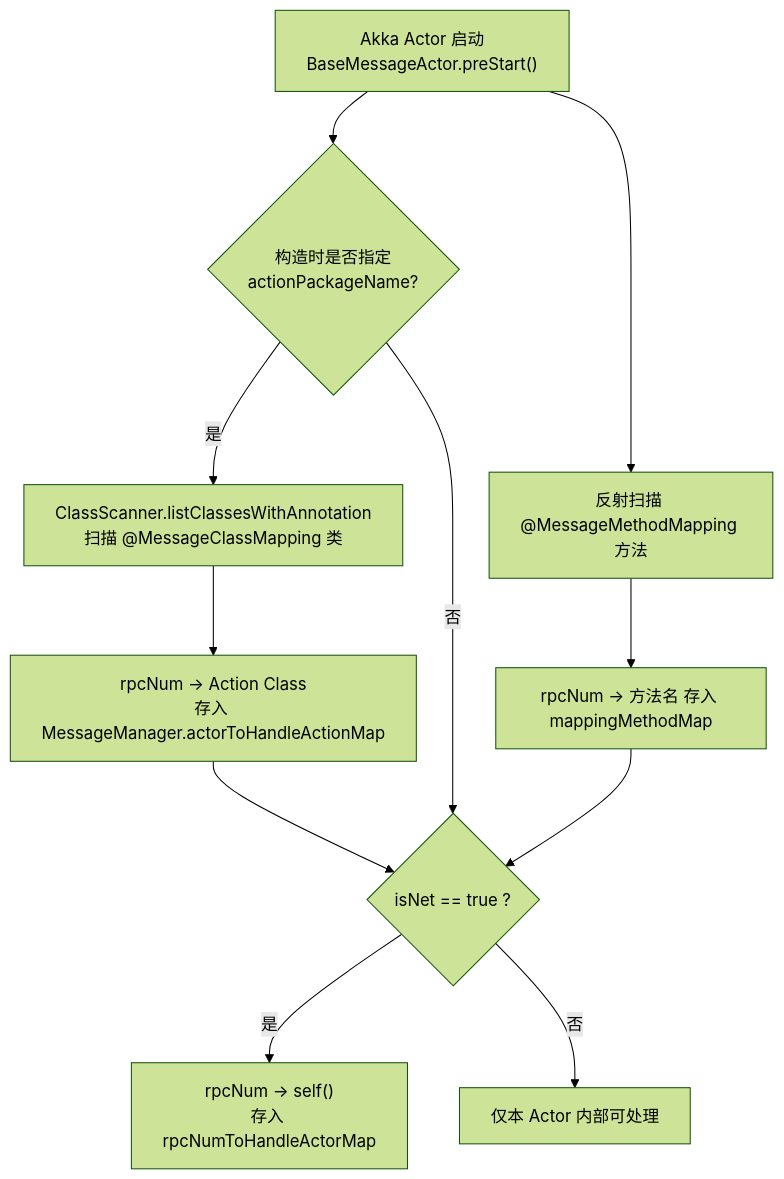
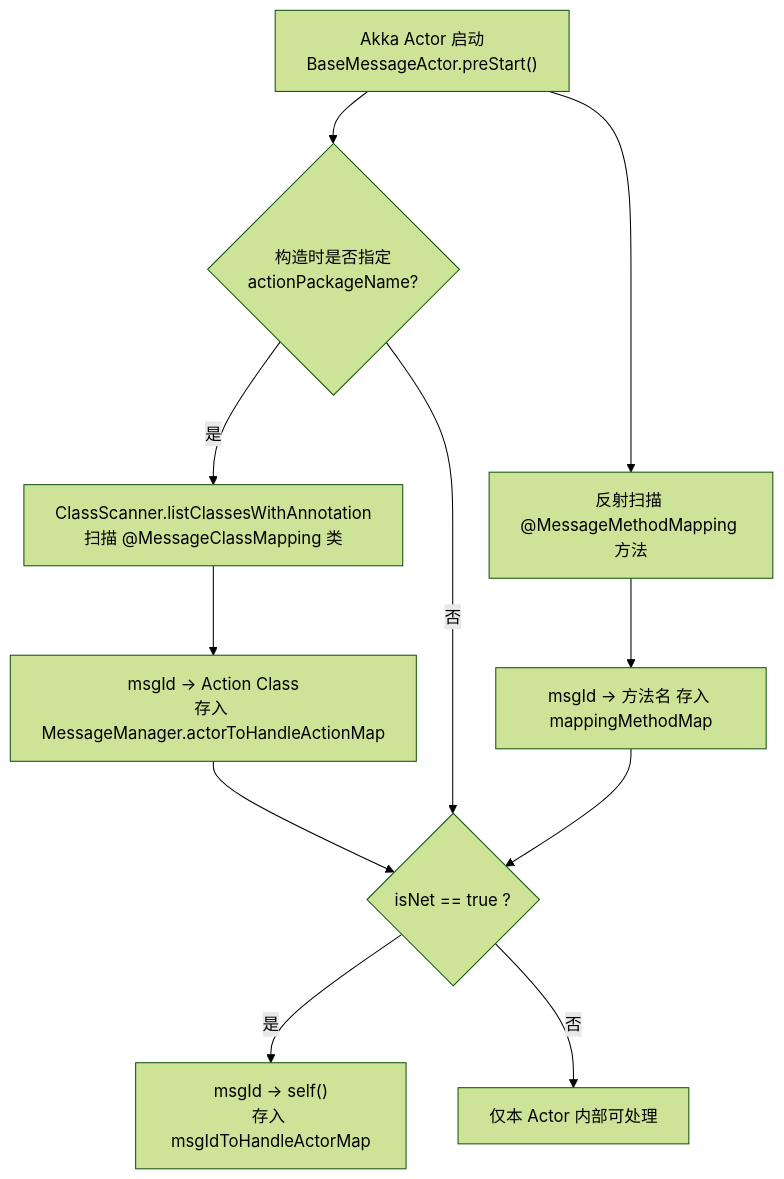
One commit to 132982jianan/JGameServer changed the third of 12 diagrams in doc/document/架构设计文档.md. Above: the diagram before and after it, drawn with Mermaid (forest theme). The commit also changed other lines of this file and 22 other files, not shown here.

````diff
--- a/doc/document/架构设计文档.md
+++ b/doc/document/架构设计文档.md
@@ -225,13 +225,13 @@
 ```mermaid
 flowchart TB
     A["Akka Actor 启动<br/>BaseMessageActor.preStart()"] --> B{"构造时是否指定<br/>actionPackageName?"}
     B -->|是| C["ClassScanner.listClassesWithAnnotation<br/>扫描 @MessageClassMapping 类"]
-    C --> D["rpcNum → Action Class<br/>存入 MessageManager.actorToHandleActionMap"]
+    C --> D["msgId → Action Class<br/>存入 MessageManager.actorToHandleActionMap"]
     D --> E{"isNet == true ?"}
     B -->|否| E
-    E -->|是| F["rpcNum → self()<br/>存入 rpcNumToHandleActorMap"]
+    E -->|是| F["msgId → self()<br/>存入 msgIdToHandleActorMap"]
     E -->|否| G["仅本 Actor 内部可处理"]
     A --> H["反射扫描 @MessageMethodMapping 方法"]
-    H --> I["rpcNum → 方法名 存入 mappingMethodMap"]
+    H --> I["msgId → 方法名 存入 mappingMethodMap"]
     I --> E
 ```
````
